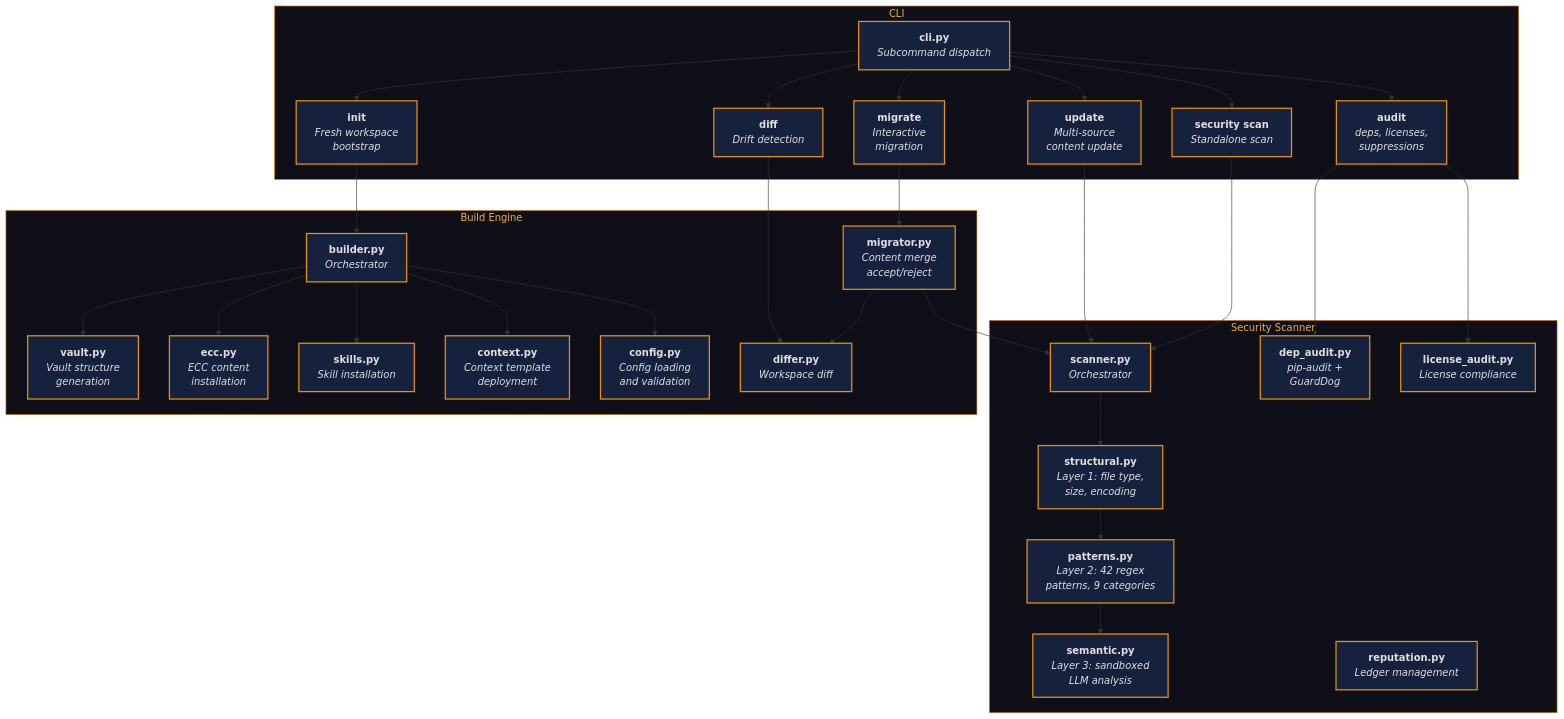
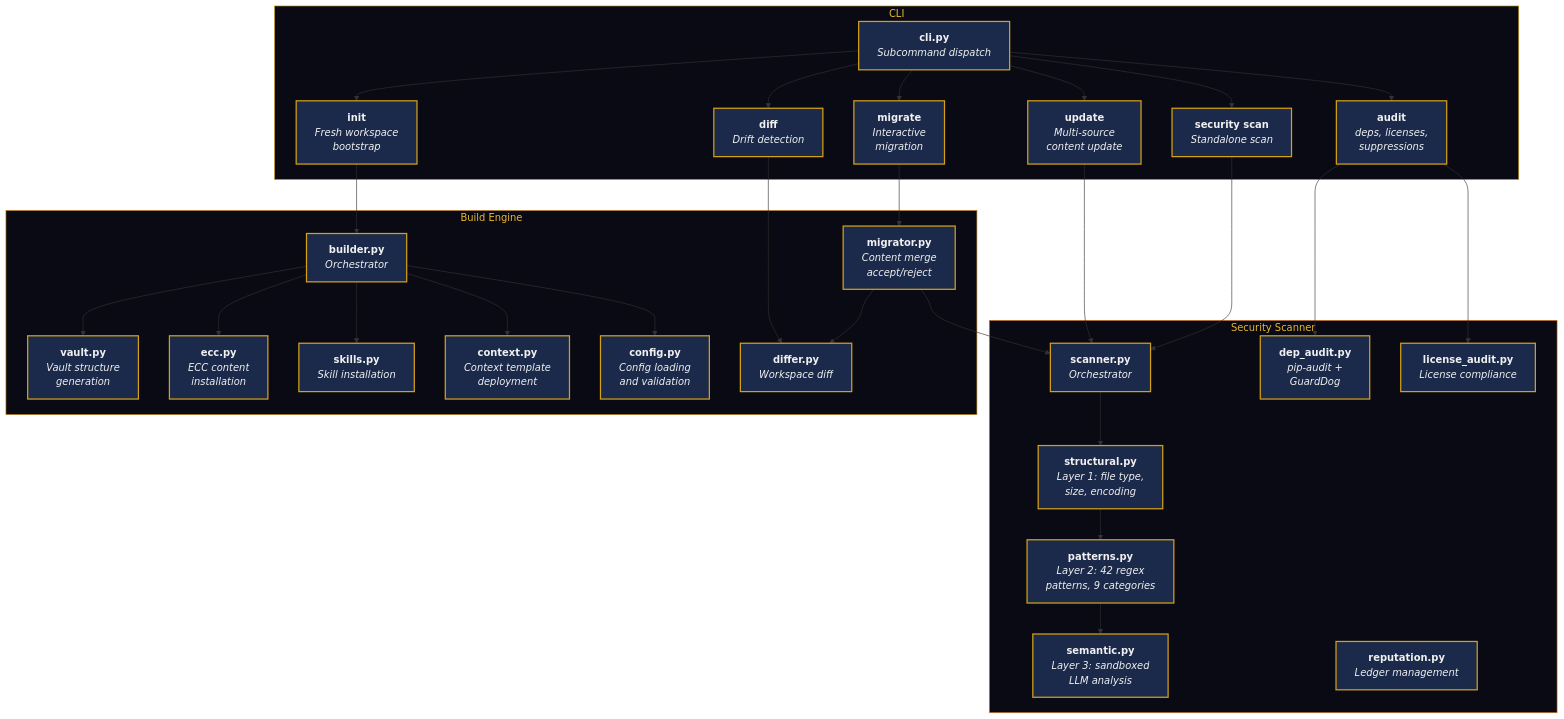
The third of 6 diagrams in docs/adr.md (originalrgsec/open-workspace-builder), drawn with Mermaid before and after one commit. The commit also changed other lines of this file and 19 other files, not shown here.

````diff
--- a/docs/adr.md
+++ b/docs/adr.md
@@ -84,52 +84,52 @@
 ```mermaid
 graph TD
     subgraph cli_container ["CLI"]
         cli_main["<b>cli.py</b><br/><i>Subcommand dispatch</i>"]:::comp
         init_cmd["<b>init</b><br/><i>Fresh workspace<br/>bootstrap</i>"]:::comp
         diff_cmd["<b>diff</b><br/><i>Drift detection</i>"]:::comp
         migrate_cmd["<b>migrate</b><br/><i>Interactive<br/>migration</i>"]:::comp
         update_cmd["<b>update</b><br/><i>Multi-source<br/>content update</i>"]:::comp
         scan_cmd["<b>security scan</b><br/><i>Standalone scan</i>"]:::comp
         audit_cmd["<b>audit</b><br/><i>deps, licenses,<br/>suppressions</i>"]:::comp
     end
 
     subgraph engine_container ["Build Engine"]
         builder["<b>builder.py</b><br/><i>Orchestrator</i>"]:::comp
         config["<b>config.py</b><br/><i>Config loading<br/>and validation</i>"]:::comp
         vault["<b>vault.py</b><br/><i>Vault structure<br/>generation</i>"]:::comp
         ecc["<b>ecc.py</b><br/><i>ECC content<br/>installation</i>"]:::comp
         skills["<b>skills.py</b><br/><i>Skill installation</i>"]:::comp
         context["<b>context.py</b><br/><i>Context template<br/>deployment</i>"]:::comp
         differ["<b>differ.py</b><br/><i>Workspace diff</i>"]:::comp
         migrator["<b>migrator.py</b><br/><i>Content merge<br/>accept/reject</i>"]:::comp
     end
 
     subgraph scanner_container ["Security Scanner"]
         scanner["<b>scanner.py</b><br/><i>Orchestrator</i>"]:::comp
         structural["<b>structural.py</b><br/><i>Layer 1: file type,<br/>size, encoding</i>"]:::comp
         patterns["<b>patterns.py</b><br/><i>Layer 2: 42 regex<br/>patterns, 9 categories</i>"]:::comp
         semantic["<b>semantic.py</b><br/><i>Layer 3: sandboxed<br/>LLM analysis</i>"]:::comp
         reputation["<b>reputation.py</b><br/><i>Ledger management</i>"]:::comp
         dep_audit["<b>dep_audit.py</b><br/><i>pip-audit +<br/>GuardDog</i>"]:::comp
         license_audit["<b>license_audit.py</b><br/><i>License compliance</i>"]:::comp
     end
 
     cli_main --> init_cmd & diff_cmd & migrate_cmd & update_cmd & scan_cmd & audit_cmd
     init_cmd --> builder
     diff_cmd --> differ
     migrate_cmd --> migrator
     scan_cmd --> scanner
     audit_cmd --> dep_audit & license_audit
     builder --> vault & ecc & skills & context
     builder --> config
     migrator --> differ
     migrator --> scanner
     scanner --> structural --> patterns --> semantic
     update_cmd --> scanner
 
-    classDef comp fill:#16213E,color:#E0E0E0,stroke:#E8920D,stroke-width:2px
+    classDef comp fill:#1B2A4A,color:#F0F0F0,stroke:#D4A017,stroke-width:2px
 
-    style cli_container fill:#0F0F1A,stroke:#E8920D,stroke-width:1px,color:#F5B041
-    style engine_container fill:#0F0F1A,stroke:#B87308,stroke-width:1px,color:#F5B041
-    style scanner_container fill:#0F0F1A,stroke:#E67E22,stroke-width:1px,color:#F5B041
+    style cli_container fill:#0A0A14,stroke:#D4A017,stroke-width:1px,color:#E8B830
+    style engine_container fill:#0A0A14,stroke:#B87308,stroke-width:1px,color:#E8B830
+    style scanner_container fill:#0A0A14,stroke:#E67E22,stroke-width:1px,color:#E8B830
 ```
````
